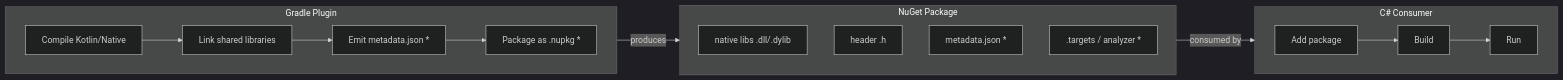
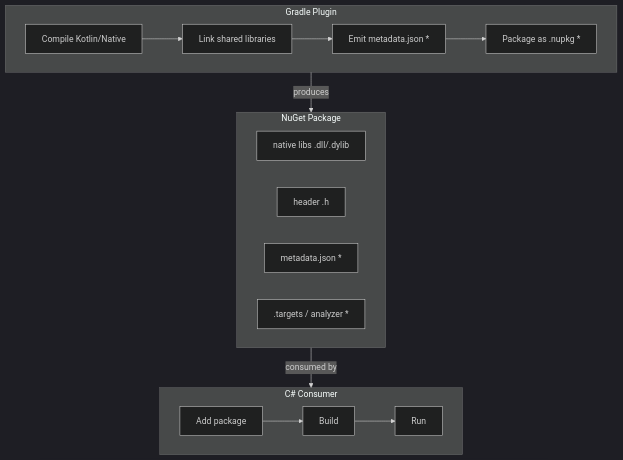
The diagram in README.md (xxfast/kotlin-native-nuget), drawn with Mermaid (dark theme) before and after one commit.

Commit message:
Fix mermaid diagram again

````diff
--- a/README.md
+++ b/README.md
@@ -52,25 +52,24 @@
 ```mermaid
-flowchart LR
+flowchart TB
   subgraph Gradle["Gradle Plugin"]
     direction LR
     A[Compile Kotlin/Native] --> B[Link shared libraries]
     B --> C[Emit metadata.json *]
     C --> D[Package as .nupkg *]
   end
 
   subgraph NuGet["NuGet Package"]
-    direction TB
     E[native libs .dll/.dylib]
     F[header .h]
     G[metadata.json *]
     H[.targets / analyzer *]
   end
 
   subgraph Consumer["C# Consumer"]
     direction LR
     I[Add package] --> J[Build] --> K[Run]
   end
 
   Gradle -->|produces| NuGet
   NuGet -->|consumed by| Consumer
 ```
````
